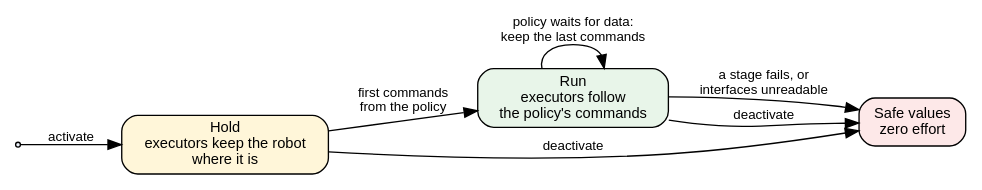
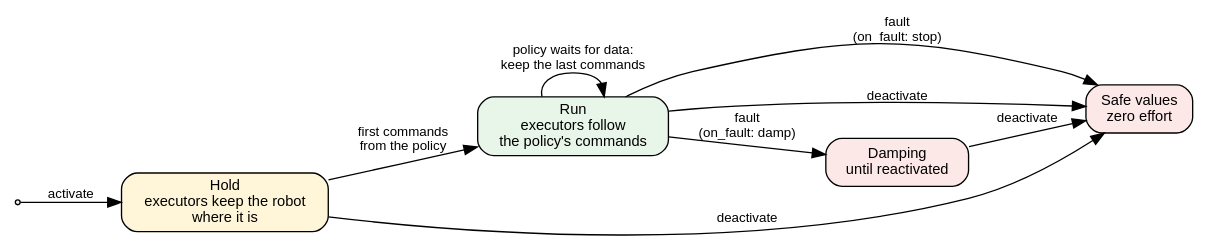
One commit to saikishor/ros2_policy_framework changed the first of 2 diagrams in docs/safety.rst. Above: the diagram before and after it, drawn with Graphviz. The commit also changed other lines of this file and 2 other files, not shown here.

Commit message:
Document the safety checks and the fault responses

```diff
--- a/docs/safety.rst
+++ b/docs/safety.rst
@@ -10,17 +10,20 @@
 .. graphviz::
 
    digraph lifecycle {
      rankdir=LR;
      node [shape=box, style="rounded,filled", fillcolor="#eef3fb", fontname="Helvetica", fontsize=11];
      edge [fontname="Helvetica", fontsize=10];
      start [shape=point];
      hold [label="Hold\nexecutors keep the robot\nwhere it is", fillcolor="#fff6d9"];
      run [label="Run\nexecutors follow\nthe policy's commands", fillcolor="#e8f5e9"];
      safe [label="Safe values\nzero effort", fillcolor="#fde8e8"];
+     damp [label="Damping\nuntil reactivated", fillcolor="#fde8e8"];
      start -> hold [label="activate"];
      hold -> run [label="first commands\nfrom the policy"];
      run -> run [label="policy waits for data:\nkeep the last commands"];
-     run -> safe [label="a stage fails, or\ninterfaces unreadable"];
+     run -> safe [label="fault\n(on_fault: stop)"];
+     run -> damp [label="fault\n(on_fault: damp)"];
      hold -> safe [label="deactivate"];
      run -> safe [label="deactivate"];
+     damp -> safe [label="deactivate"];
    }
```
